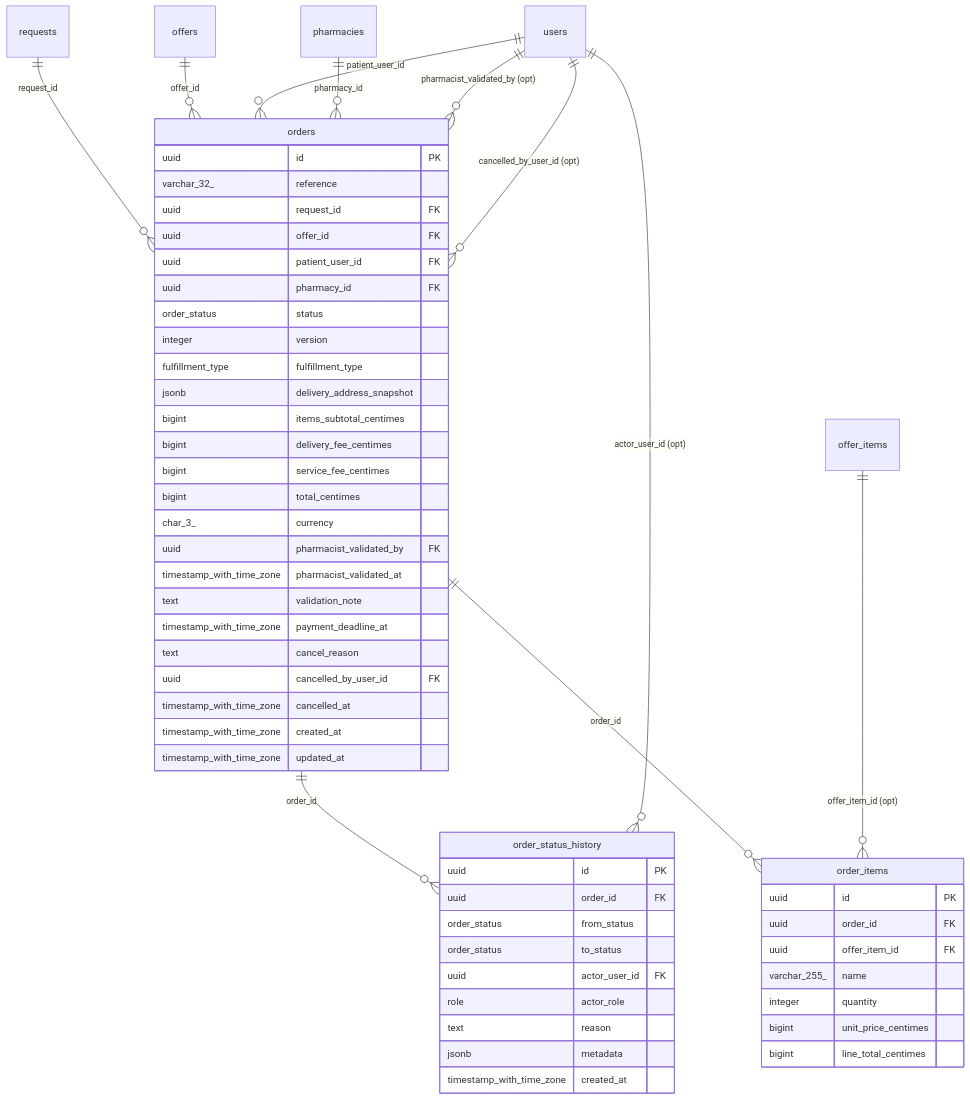
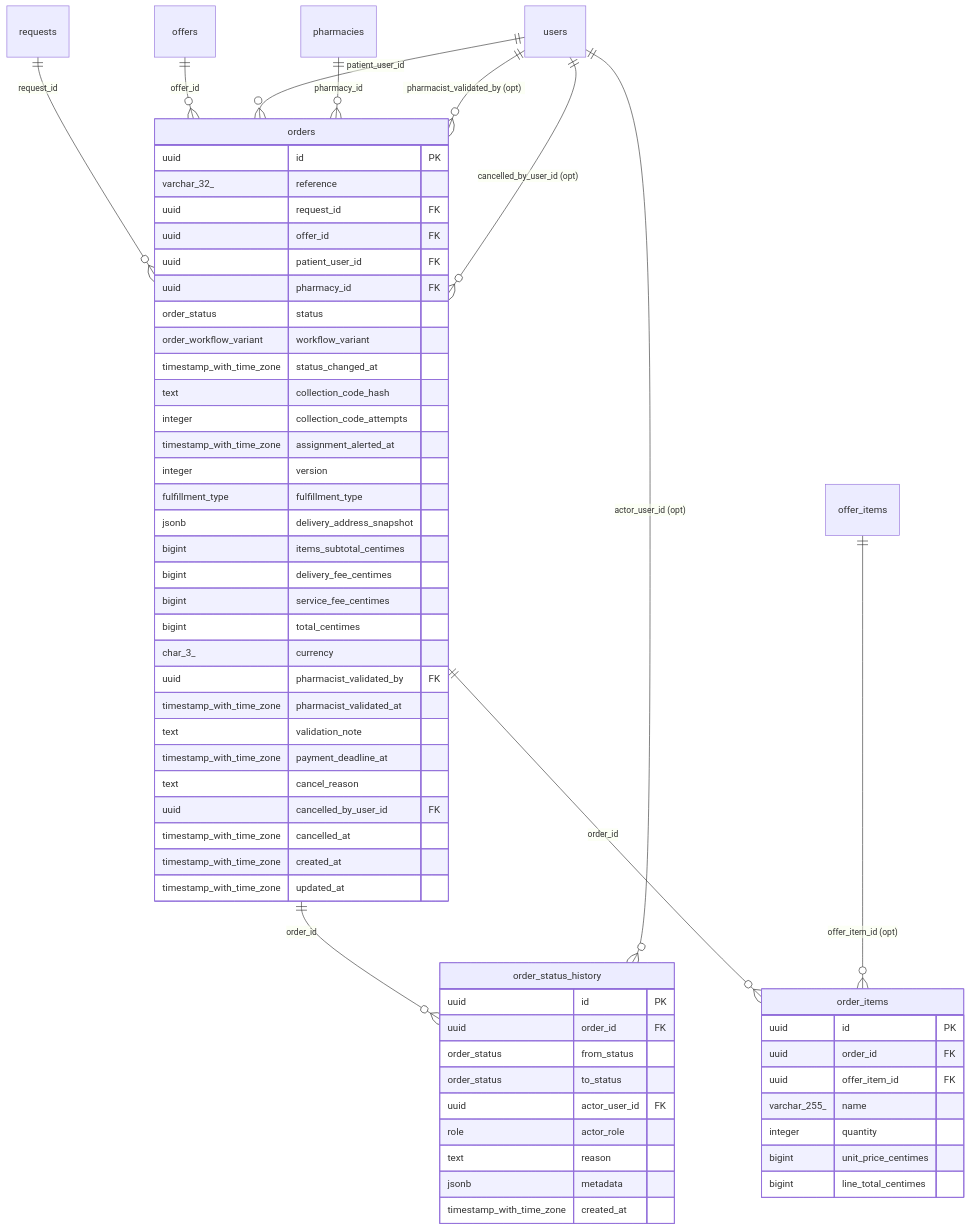
One commit to Chafikbz4/DEWA changed the ninth of 12 diagrams in backend/docs/01-database.md. Above: the diagram before and after it, drawn with Mermaid. The commit also changed other lines of this file and 24 other files, not shown here.

````diff
--- a/backend/docs/01-database.md
+++ b/backend/docs/01-database.md
@@ -644,59 +645,64 @@
 ```mermaid
 erDiagram
   order_items {
     uuid id PK
     uuid order_id FK
     uuid offer_item_id FK
     varchar_255_ name
     integer quantity
     bigint unit_price_centimes
     bigint line_total_centimes
   }
   order_status_history {
     uuid id PK
     uuid order_id FK
     order_status from_status
     order_status to_status
     uuid actor_user_id FK
     role actor_role
     text reason
     jsonb metadata
     timestamp_with_time_zone created_at
   }
   orders {
     uuid id PK
     varchar_32_ reference
     uuid request_id FK
     uuid offer_id FK
     uuid patient_user_id FK
     uuid pharmacy_id FK
     order_status status
+    order_workflow_variant workflow_variant
+    timestamp_with_time_zone status_changed_at
+    text collection_code_hash
+    integer collection_code_attempts
+    timestamp_with_time_zone assignment_alerted_at
     integer version
     fulfillment_type fulfillment_type
     jsonb delivery_address_snapshot
     bigint items_subtotal_centimes
     bigint delivery_fee_centimes
     bigint service_fee_centimes
     bigint total_centimes
     char_3_ currency
     uuid pharmacist_validated_by FK
     timestamp_with_time_zone pharmacist_validated_at
     text validation_note
     timestamp_with_time_zone payment_deadline_at
     text cancel_reason
     uuid cancelled_by_user_id FK
     timestamp_with_time_zone cancelled_at
     timestamp_with_time_zone created_at
     timestamp_with_time_zone updated_at
   }
   orders ||--o{ order_items : "order_id"
   offer_items ||--o{ order_items : "offer_item_id (opt)"
   orders ||--o{ order_status_history : "order_id"
   users ||--o{ order_status_history : "actor_user_id (opt)"
   requests ||--o{ orders : "request_id"
   offers ||--o{ orders : "offer_id"
   users ||--o{ orders : "patient_user_id"
   pharmacies ||--o{ orders : "pharmacy_id"
   users ||--o{ orders : "pharmacist_validated_by (opt)"
   users ||--o{ orders : "cancelled_by_user_id (opt)"
 ```
````
